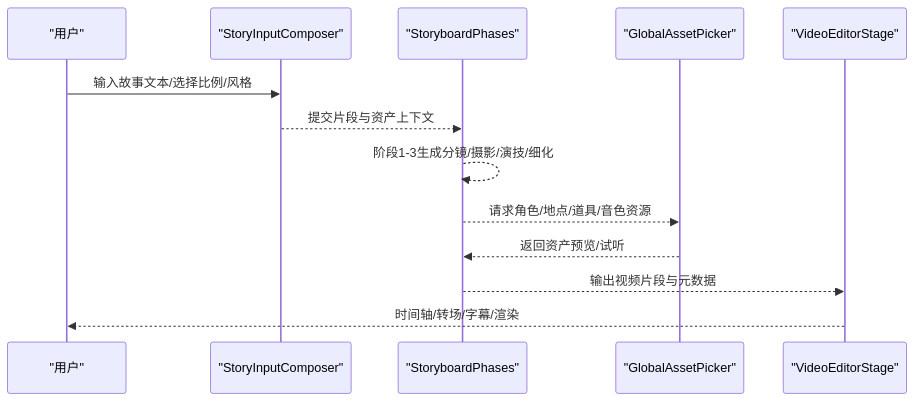
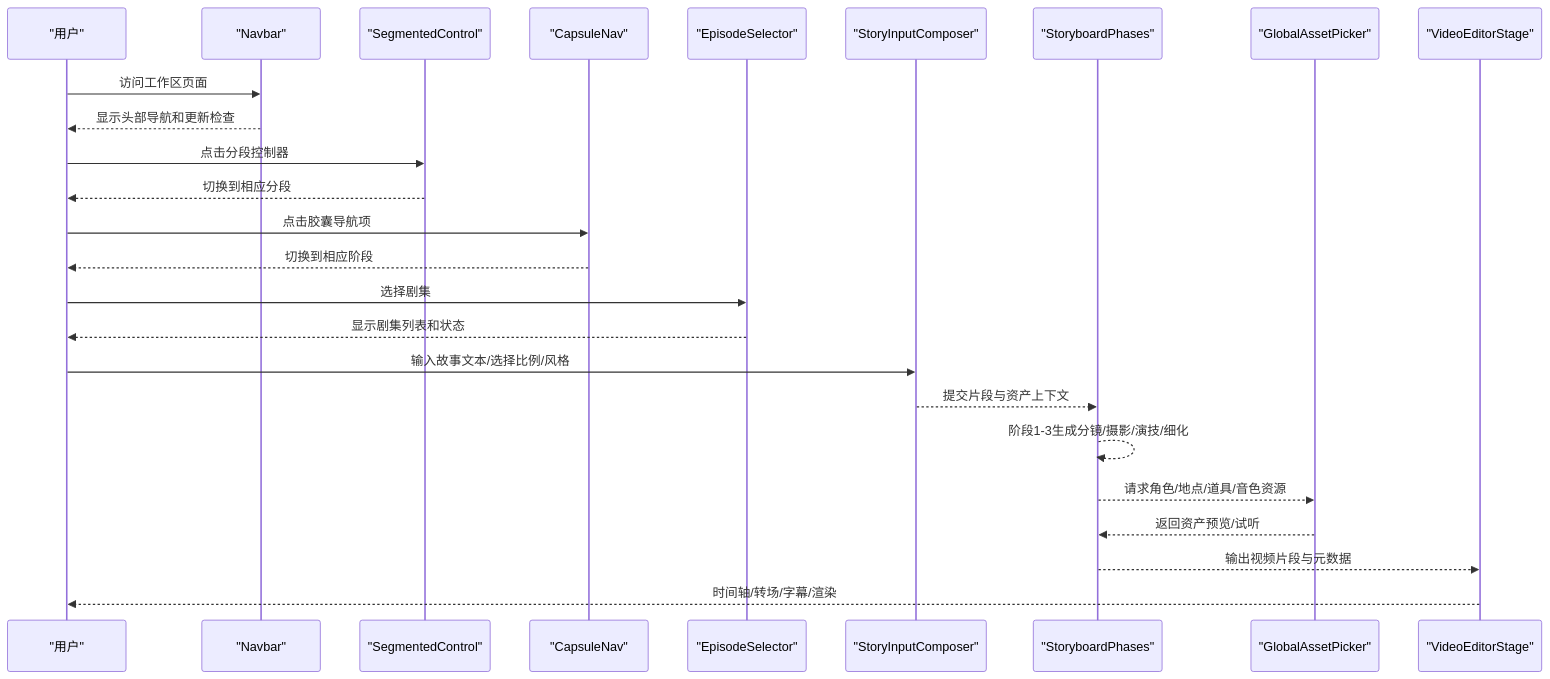
The second of 13 diagrams in .qoder/repowiki/zh/content/前端组件架构/工作区组件/工作区组件.md (lyl2021/waoowaoo), drawn with Mermaid before and after one commit. The commit also changed other lines of this file and 15 other files, not shown here.

````diff
--- a/.qoder/repowiki/zh/content/前端组件架构/工作区组件/工作区组件.md
+++ b/.qoder/repowiki/zh/content/前端组件架构/工作区组件/工作区组件.md
@@ -106,15 +171,27 @@
 ```mermaid
 sequenceDiagram
 participant U as "用户"
+participant NB as "Navbar"
+participant SC as "SegmentedControl"
+participant CN as "CapsuleNav"
+participant ES as "EpisodeSelector"
 participant SIC as "StoryInputComposer"
 participant SP as "StoryboardPhases"
 participant GAP as "GlobalAssetPicker"
 participant VES as "VideoEditorStage"
+U->>NB : 访问工作区页面
+NB-->>U : 显示头部导航和更新检查
+U->>SC : 点击分段控制器
+SC-->>U : 切换到相应分段
+U->>CN : 点击胶囊导航项
+CN-->>U : 切换到相应阶段
+U->>ES : 选择剧集
+ES-->>U : 显示剧集列表和状态
 U->>SIC : 输入故事文本/选择比例/风格
 SIC-->>SP : 提交片段与资产上下文
 SP-->>SP : 阶段1-3生成分镜/摄影/演技/细化
 SP-->>GAP : 请求角色/地点/道具/音色资源
 GAP-->>SP : 返回资产预览/试听
 SP-->>VES : 输出视频片段与元数据
 VES-->>U : 时间轴/转场/字幕/渲染
 ```
````
